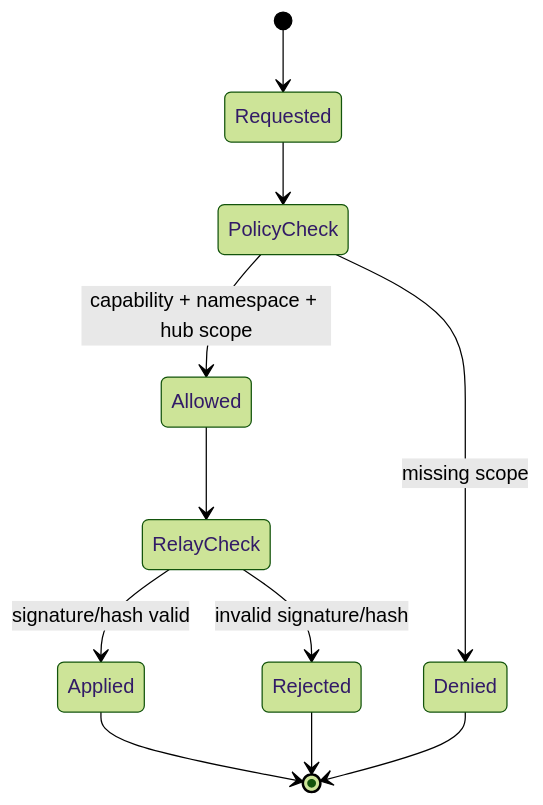
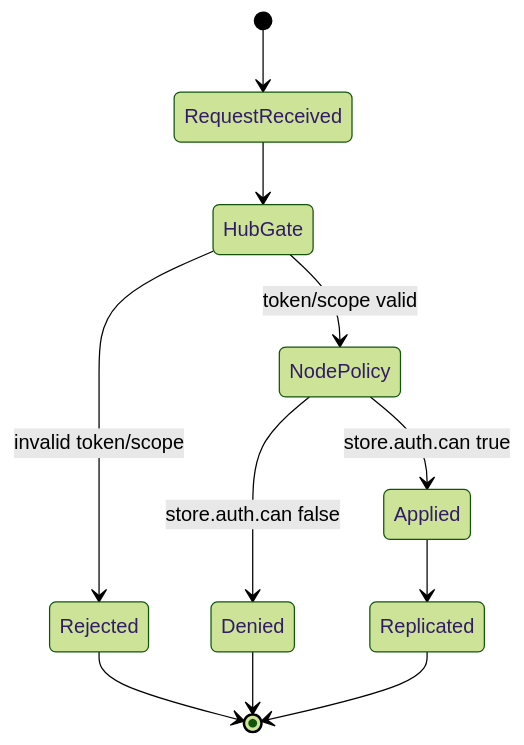
Before and after one commit to crs48/xNet: the fourth of 6 diagrams in docs/explorations/0093_[_]_NODE_NATIVE_GLOBAL_SCHEMA_FEDERATION_MODEL.md, drawn with Mermaid (forest theme). The commit also changed other lines of this file, not shown here.

````diff
--- a/docs/explorations/0093_[_]_NODE_NATIVE_GLOBAL_SCHEMA_FEDERATION_MODEL.md
+++ b/docs/explorations/0093_[_]_NODE_NATIVE_GLOBAL_SCHEMA_FEDERATION_MODEL.md
@@ -224,13 +208,13 @@
 ```mermaid
 stateDiagram-v2
-    [*] --> Requested
-    Requested --> PolicyCheck
-    PolicyCheck --> Allowed: capability + namespace + hub scope
-    PolicyCheck --> Denied: missing scope
-    Allowed --> RelayCheck
-    RelayCheck --> Applied: signature/hash valid
-    RelayCheck --> Rejected: invalid signature/hash
-    Applied --> [*]
+    [*] --> RequestReceived
+    RequestReceived --> HubGate
+    HubGate --> Rejected : invalid token/scope
+    HubGate --> NodePolicy : token/scope valid
+    NodePolicy --> Denied : store.auth.can false
+    NodePolicy --> Applied : store.auth.can true
+    Applied --> Replicated
+    Replicated --> [*]
+    Rejected --> [*]
     Denied --> [*]
-    Rejected --> [*]
 ```
````
